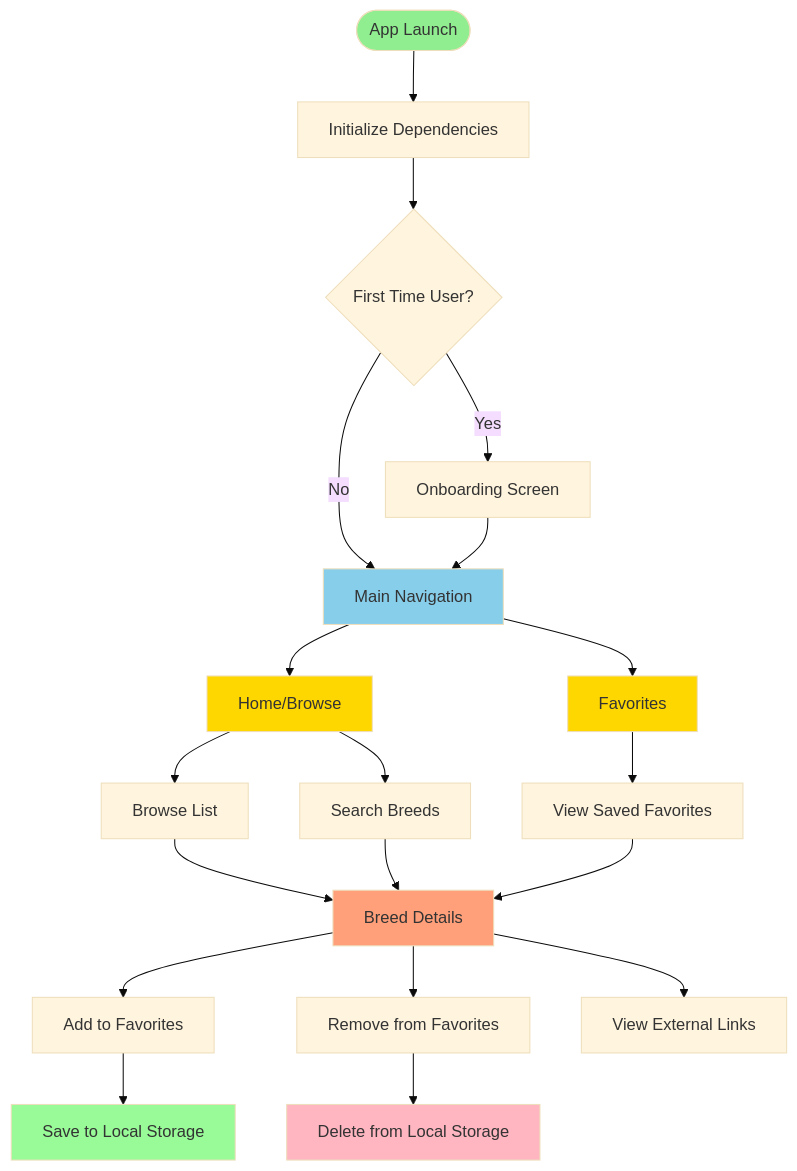
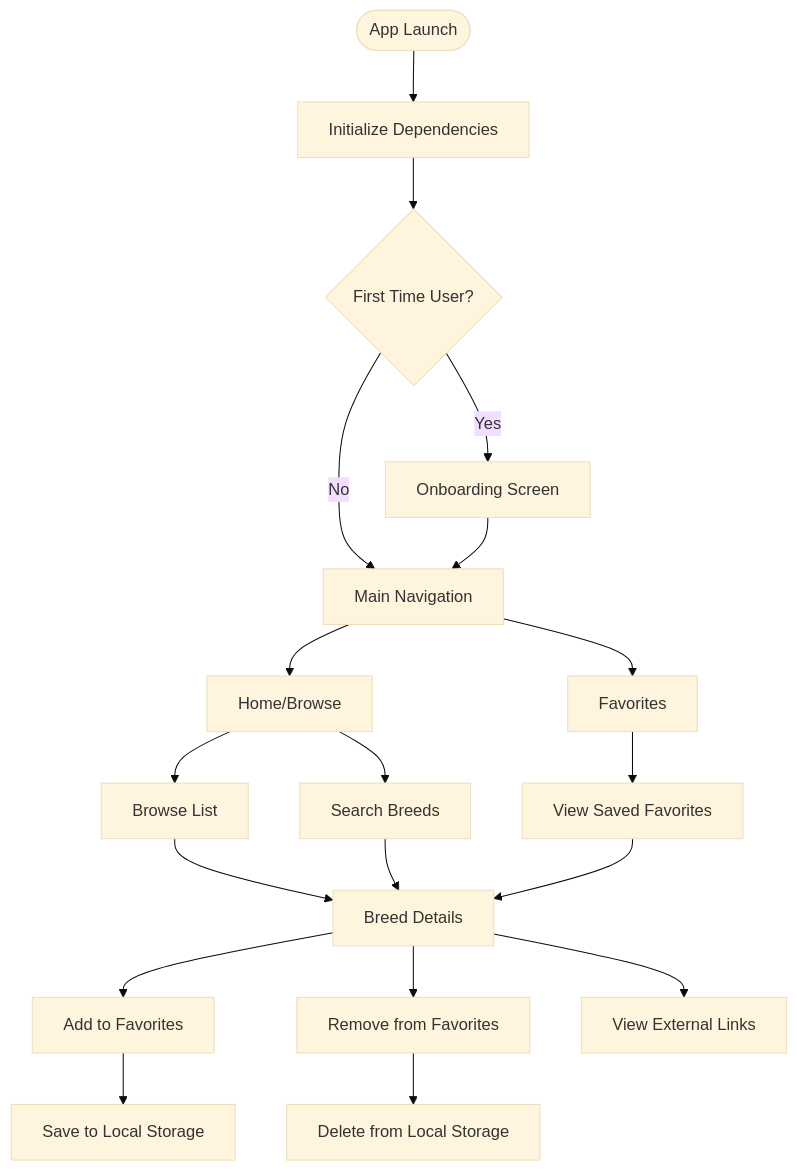
One commit to AliGad17611/cat_app changed the second of 7 diagrams in README.md. Above: the diagram before and after it, drawn with Mermaid (base theme). The commit also changed other lines of this file, not shown here.

Commit message:
docs: restructure data flow diagrams in README for clarity and consistency

````diff
--- a/README.md
+++ b/README.md
@@ -62,36 +47,28 @@
 ```mermaid
 flowchart TD
     Start([App Launch]) --> Init[Initialize Dependencies]
     Init --> CheckOnboard{First Time User?}
     
     CheckOnboard -->|Yes| Onboard[Onboarding Screen]
     CheckOnboard -->|No| MainNav[Main Navigation]
     
     Onboard --> MainNav
     
     MainNav --> Home[Home/Browse]
     MainNav --> Fav[Favorites]
     
     Home --> Search[Search Breeds]
     Home --> Browse[Browse List]
     Browse --> Details[Breed Details]
     Search --> Details
     
     Details --> AddFav[Add to Favorites]
     Details --> RemoveFav[Remove from Favorites]
     Details --> ViewLinks[View External Links]
     
     AddFav --> SaveLocal[Save to Local Storage]
     RemoveFav --> DeleteLocal[Delete from Local Storage]
     
     Fav --> ViewFavList[View Saved Favorites]
     ViewFavList --> Details
-    
-    style Start fill:#90EE90
-    style MainNav fill:#87CEEB
-    style Home fill:#FFD700
-    style Fav fill:#FFD700
-    style Details fill:#FFA07A
-    style SaveLocal fill:#98FB98
-    style DeleteLocal fill:#FFB6C1
 ```
````
